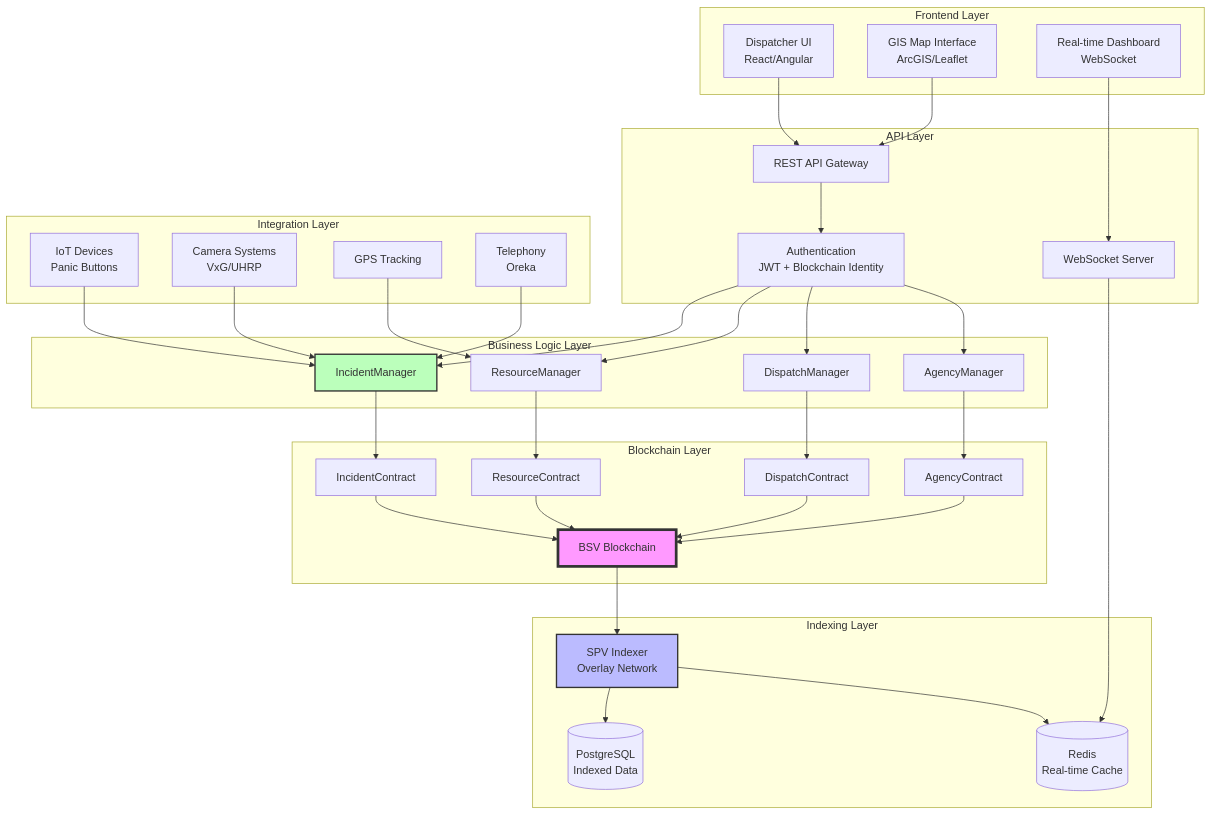
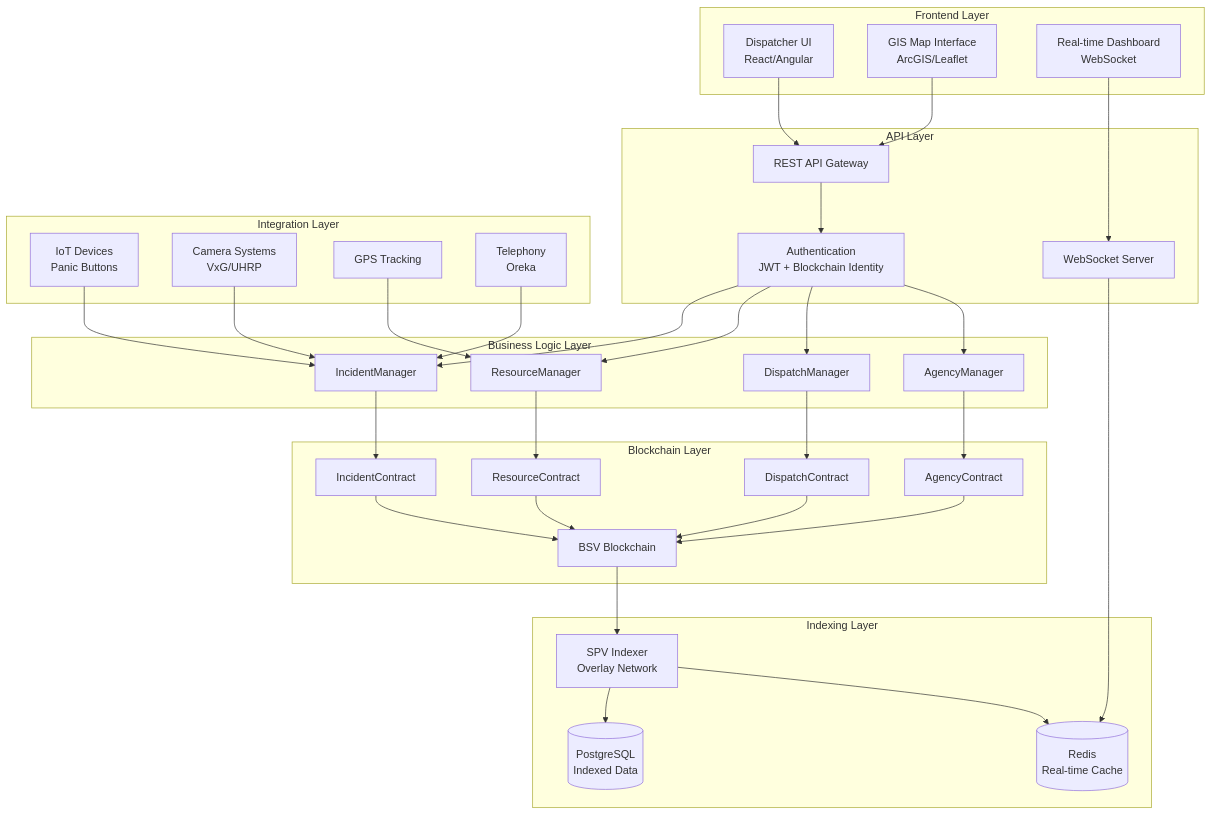
Before and after one commit to frogitzamna-wq/cad: the first of 2 diagrams in docs/README.md, drawn with Mermaid. The commit also changed 2 other files, not shown here.

````diff
--- a/docs/README.md
+++ b/docs/README.md
@@ -13,77 +13,74 @@
 ```mermaid
 graph TB
     subgraph "Frontend Layer"
         UI[Dispatcher UI<br/>React/Angular]
         MAP[GIS Map Interface<br/>ArcGIS/Leaflet]
         DASH[Real-time Dashboard<br/>WebSocket]
     end
     
     subgraph "API Layer"
         API[REST API Gateway]
         WS[WebSocket Server]
         AUTH[Authentication<br/>JWT + Blockchain Identity]
     end
     
     subgraph "Business Logic Layer"
         IM[IncidentManager]
         RM[ResourceManager]
         DM[DispatchManager]
         AM[AgencyManager]
     end
     
     subgraph "Blockchain Layer"
         BSV[BSV Blockchain]
         IC[IncidentContract]
         RC[ResourceContract]
         DC[DispatchContract]
         AC[AgencyContract]
     end
     
     subgraph "Indexing Layer"
         IDX[SPV Indexer<br/>Overlay Network]
         DB[(PostgreSQL<br/>Indexed Data)]
         CACHE[(Redis<br/>Real-time Cache)]
     end
     
     subgraph "Integration Layer"
         IOT[IoT Devices<br/>Panic Buttons]
         CAM[Camera Systems<br/>VxG/UHRP]
         GPS[GPS Tracking]
         PHONE[Telephony<br/>Oreka]
     end
     
     UI --> API
     MAP --> API
     DASH --> WS
     
     API --> AUTH
     AUTH --> IM
     AUTH --> RM
     AUTH --> DM
     AUTH --> AM
     
     IM --> IC
     RM --> RC
     DM --> DC
     AM --> AC
     
     IC --> BSV
     RC --> BSV
     DC --> BSV
     AC --> BSV
     
     BSV --> IDX
     IDX --> DB
     IDX --> CACHE
     
     WS --> CACHE
     
     IOT --> IM
     CAM --> IM
     GPS --> RM
     PHONE --> IM
-    
-    style BSV fill:#f9f,stroke:#333,stroke-width:4px
-    style IDX fill:#bbf,stroke:#333,stroke-width:2px
-    style IM fill:#bfb,stroke:#333,stroke-width:2px
+
 ```
````
